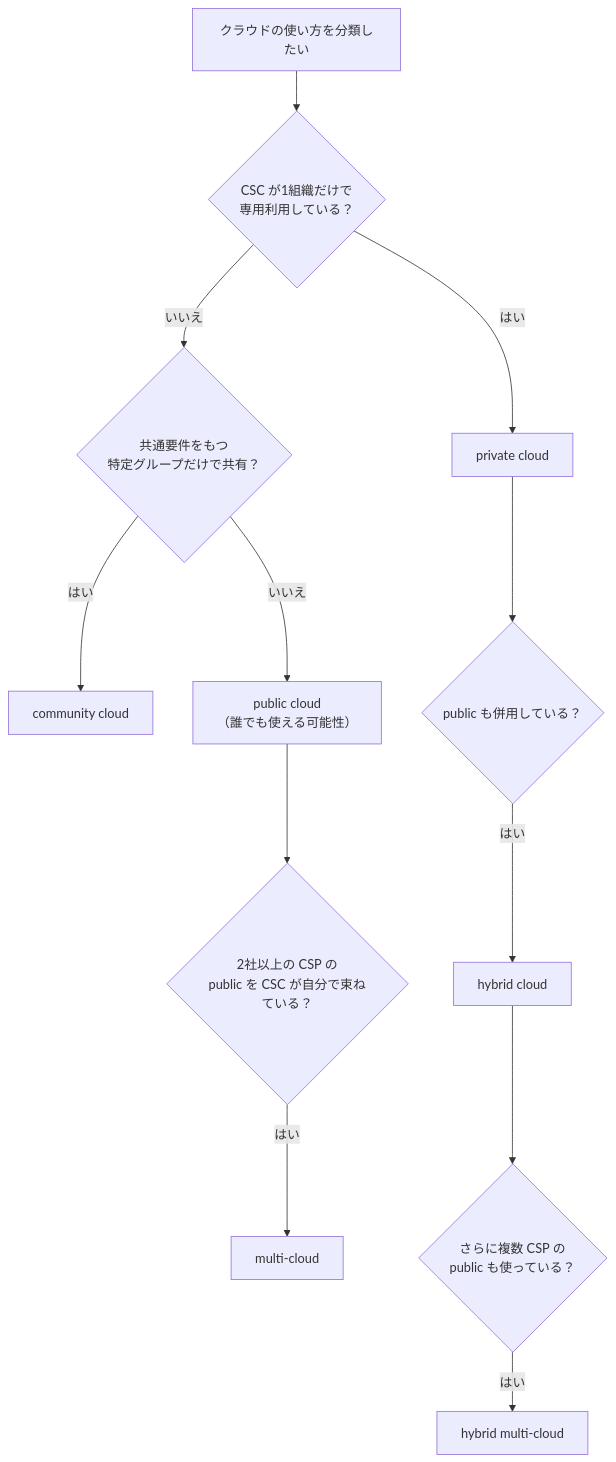
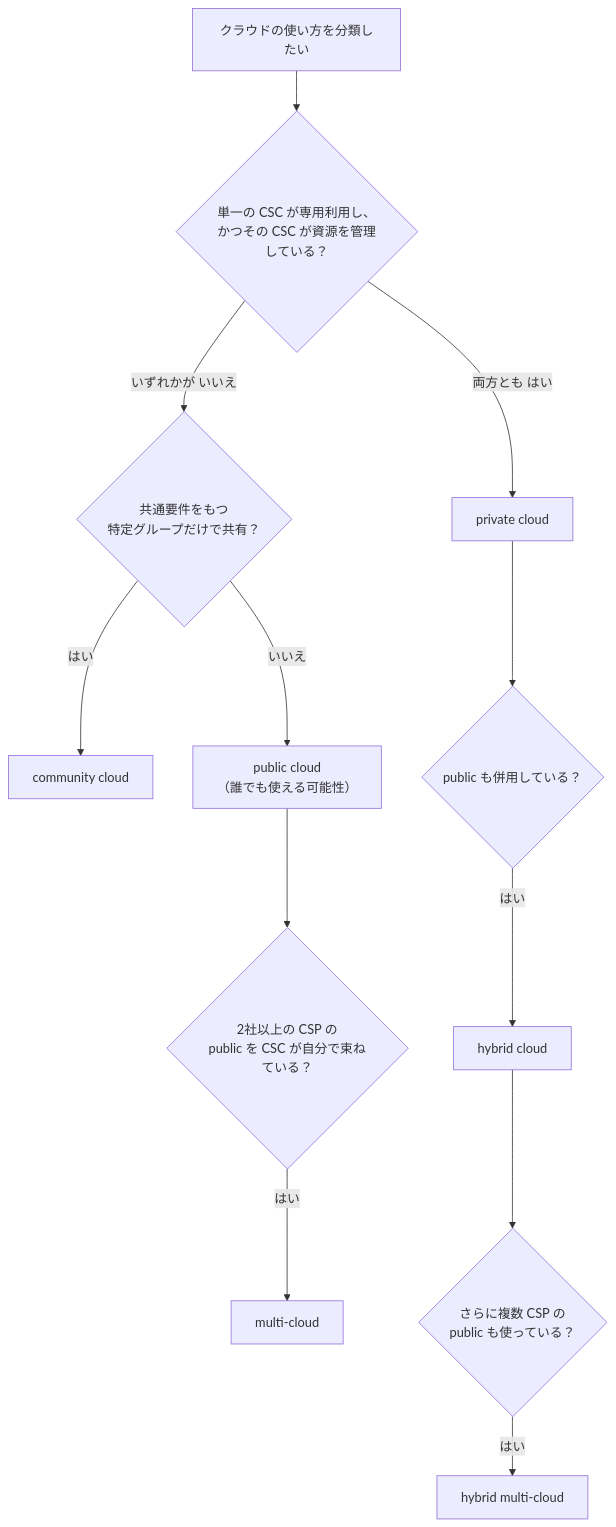
Before and after one commit to myoshi2891/Cloud-Infrastructure-and-Network-Studies: the fifth of 15 diagrams in Iso-iec-22123-1-2023-guide.md, drawn with Mermaid. The commit also changed 7 other files, not shown here.

````diff
--- a/Iso-iec-22123-1-2023-guide.md
+++ b/Iso-iec-22123-1-2023-guide.md
@@ -220,14 +220,14 @@
 ```mermaid
 flowchart TD
-    S["クラウドの使い方を分類したい"] --> Q1{"CSC が1組織だけで<br/>専用利用している？"}
-    Q1 -->|"はい"| PRI["private cloud"]
-    Q1 -->|"いいえ"| Q2{"共通要件をもつ<br/>特定グループだけで共有？"}
+    S["クラウドの使い方を分類したい"] --> Q1{"単一の CSC が専用利用し、<br/>かつその CSC が資源を管理している？"}
+    Q1 -->|"両方とも はい"| PRI["private cloud"]
+    Q1 -->|"いずれかが いいえ"| Q2{"共通要件をもつ<br/>特定グループだけで共有？"}
     Q2 -->|"はい"| COM["community cloud"]
     Q2 -->|"いいえ"| PUB["public cloud<br/>（誰でも使える可能性）"]
     PRI --> Q3{"public も併用している？"}
     PUB --> Q4{"2社以上の CSP の<br/>public を CSC が自分で束ねている？"}
     Q3 -->|"はい"| HYB["hybrid cloud"]
     Q4 -->|"はい"| MUL["multi-cloud"]
     HYB --> Q5{"さらに複数 CSP の<br/>public も使っている？"}
     Q5 -->|"はい"| HMC["hybrid multi-cloud"]
 ```
````
